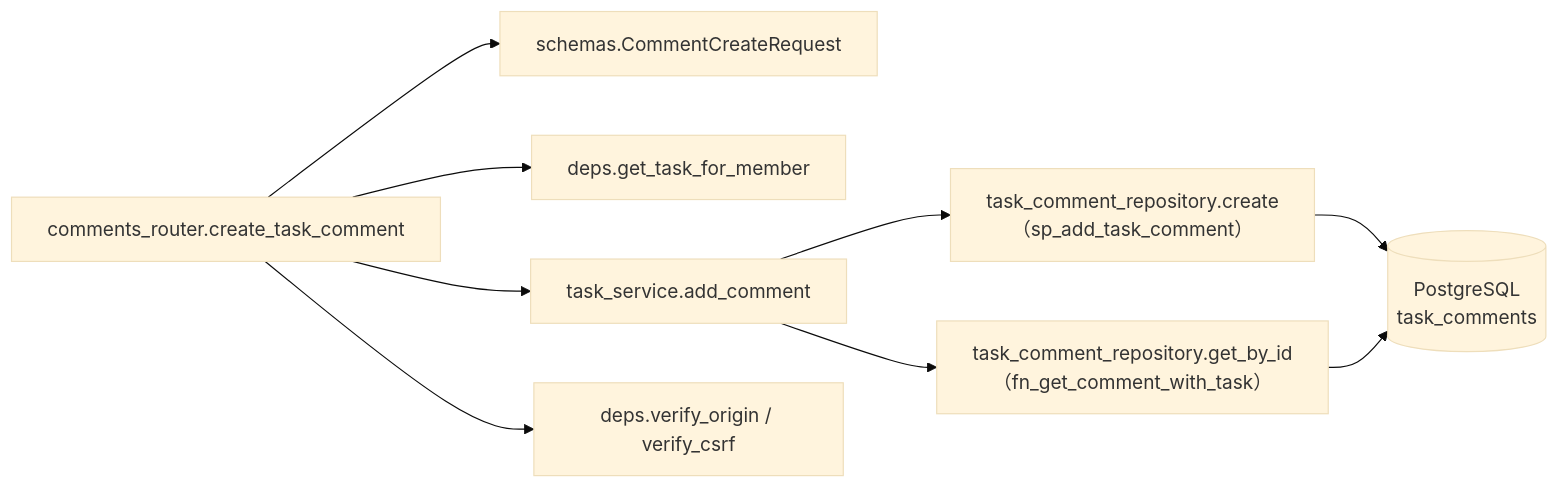
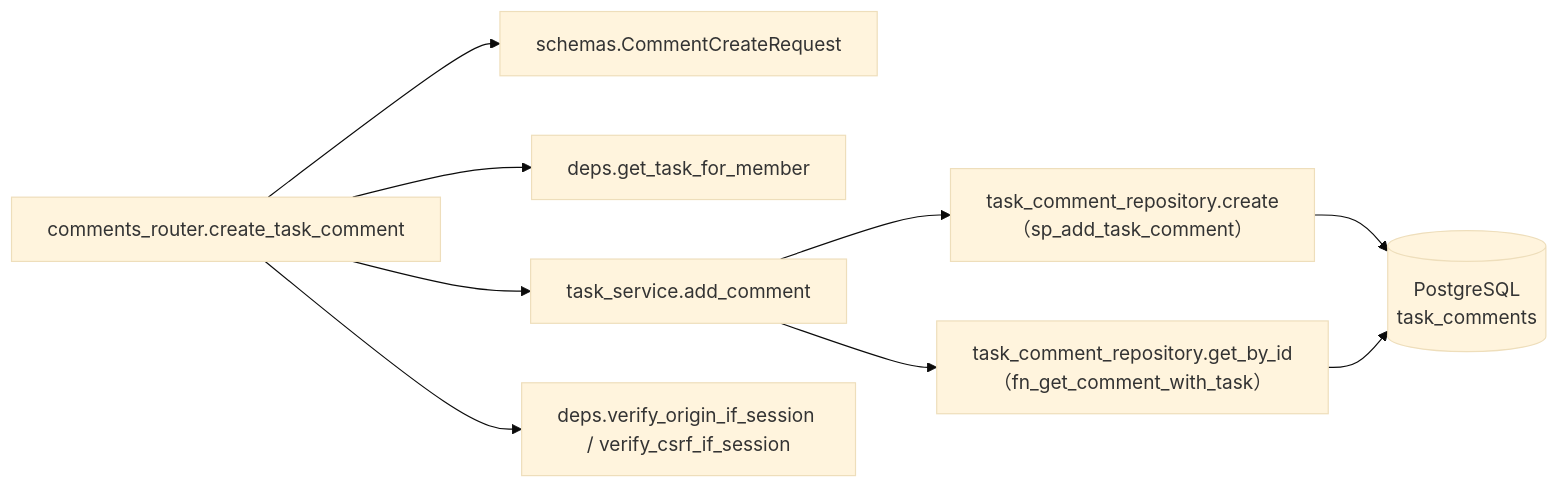
One commit to oikawa-d/task_management changed the third of 4 diagrams in docs/detailed_design/api/tasks/07_post_task_comments.md. Above: the diagram before and after it, drawn with Mermaid (base theme). The commit also changed other lines of this file and 31 other files, not shown here.

````diff
--- a/docs/detailed_design/api/tasks/07_post_task_comments.md
+++ b/docs/detailed_design/api/tasks/07_post_task_comments.md
@@ -200,11 +200,11 @@
 ```mermaid
 flowchart LR
     R["comments_router.create_task_comment"] --> Sch["schemas.CommentCreateRequest"]
     R --> D["deps.get_task_for_member"]
     R --> S["task_service.add_comment"]
     S --> TR["task_comment_repository.create<br/>（sp_add_task_comment）"]
     S --> GET["task_comment_repository.get_by_id<br/>（fn_get_comment_with_task）"]
     TR --> DB[("PostgreSQL<br/>task_comments")]
     GET --> DB
-    R --> V["deps.verify_origin / verify_csrf"]
+    R --> V["deps.verify_origin_if_session / verify_csrf_if_session"]
 ```
````
